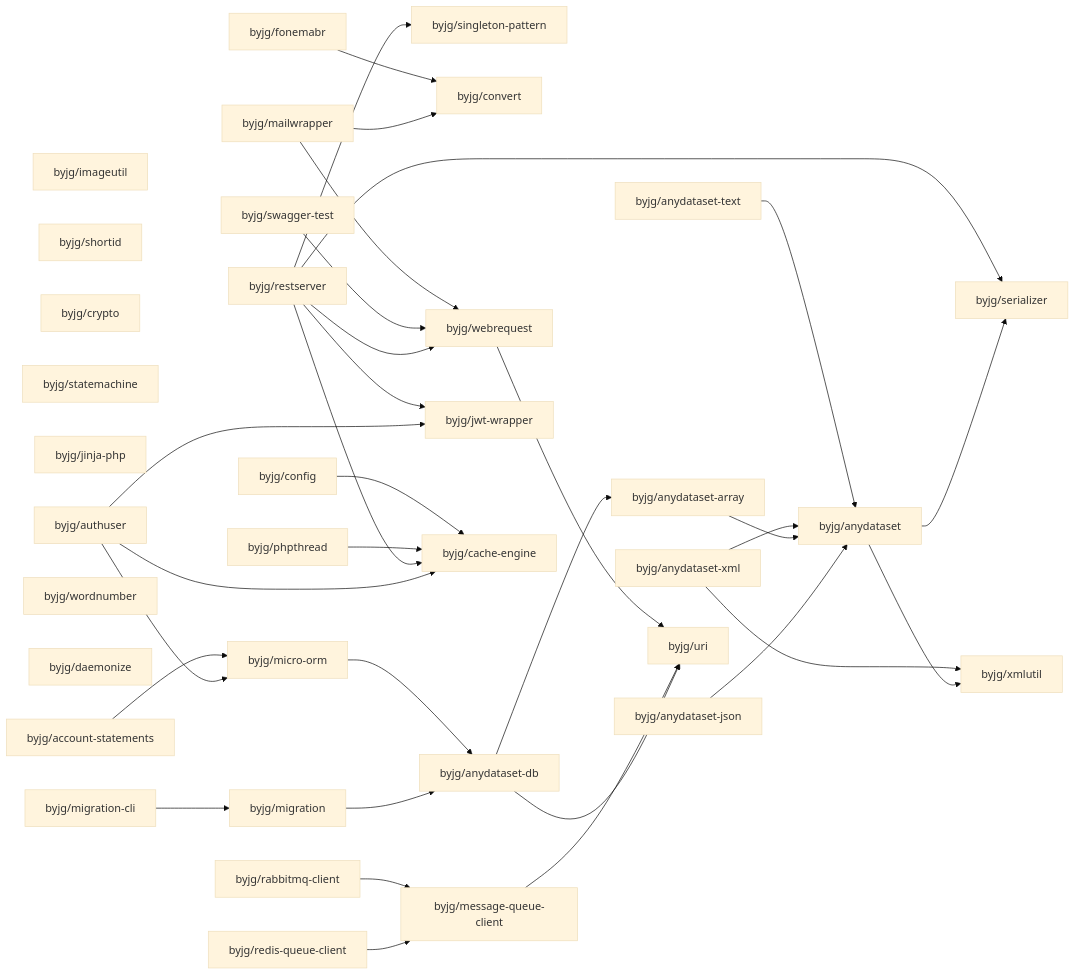
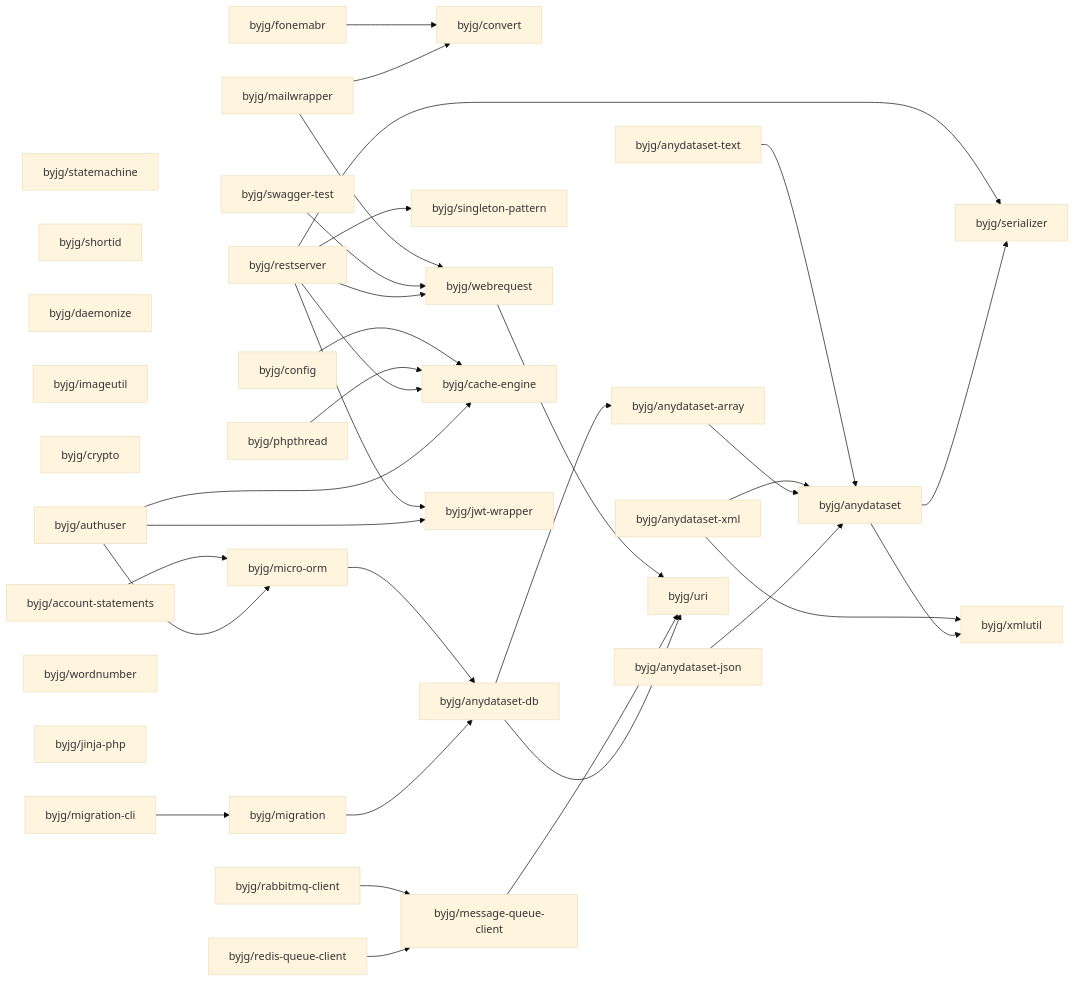
The diagram in php/README.md (byjg/byjg.github.io), drawn with Mermaid (base theme) before and after one commit. The commit also changed other lines of this file and 1 other file, not shown here.

````diff
--- a/php/README.md
+++ b/php/README.md
@@ -3,69 +3,69 @@
 ```mermaid
 graph LR;
-  byjg/imageutil;
+  byjg/anydataset-text;
+  byjg/mailwrapper;
+  byjg/statemachine;
+  byjg/rabbitmq-client;
   byjg/shortid;
+  byjg/daemonize;
+  byjg/config;
+  byjg/phpthread;
+  byjg/fonemabr;
   byjg/swagger-test;
   byjg/redis-queue-client;
+  byjg/imageutil;
   byjg/crypto;
-  byjg/statemachine;
+  byjg/restserver;
+  byjg/anydataset-json;
+  byjg/anydataset-xml;
+  byjg/authuser;
+  byjg/account-statements;
+  byjg/wordnumber;
   byjg/jinja-php;
   byjg/migration-cli;
-  byjg/restserver;
-  byjg/fonemabr;
-  byjg/config;
-  byjg/mailwrapper;
-  byjg/wordnumber;
-  byjg/anydataset-xml;
-  byjg/anydataset-text;
-  byjg/rabbitmq-client;
-  byjg/daemonize;
-  byjg/authuser;
-  byjg/phpthread;
-  byjg/anydataset-json;
-  byjg/account-statements;
+  byjg/convert;
+  byjg/message-queue-client;
+  byjg/singleton-pattern;
+  byjg/webrequest;
+  byjg/cache-engine;
+  byjg/jwt-wrapper;
+  byjg/micro-orm;
   byjg/migration;
-  byjg/singleton-pattern;
-  byjg/convert;
-  byjg/webrequest;
-  byjg/message-queue-client;
-  byjg/jwt-wrapper;
-  byjg/cache-engine;
-  byjg/micro-orm;
   byjg/anydataset-db;
   byjg/anydataset-array;
   byjg/uri;
   byjg/anydataset;
   byjg/serializer;
   byjg/xmlutil;
   byjg/fonemabr --> byjg/convert;
   byjg/config --> byjg/cache-engine;
   byjg/anydataset-text --> byjg/anydataset;
   byjg/webrequest --> byjg/uri;
   byjg/account-statements --> byjg/micro-orm;
   byjg/rabbitmq-client --> byjg/message-queue-client;
   byjg/micro-orm --> byjg/anydataset-db;
   byjg/phpthread --> byjg/cache-engine;
   byjg/anydataset-xml --> byjg/anydataset;
   byjg/anydataset-xml --> byjg/xmlutil;
   byjg/anydataset-array --> byjg/anydataset;
   byjg/mailwrapper --> byjg/convert;
   byjg/mailwrapper --> byjg/webrequest;
   byjg/message-queue-client --> byjg/uri;
   byjg/anydataset-db --> byjg/anydataset-array;
   byjg/anydataset-db --> byjg/uri;
   byjg/anydataset-json --> byjg/anydataset;
   byjg/migration --> byjg/anydataset-db;
   byjg/swagger-test --> byjg/webrequest;
   byjg/redis-queue-client --> byjg/message-queue-client;
   byjg/restserver --> byjg/serializer;
   byjg/restserver --> byjg/singleton-pattern;
   byjg/restserver --> byjg/cache-engine;
   byjg/restserver --> byjg/webrequest;
   byjg/restserver --> byjg/jwt-wrapper;
   byjg/authuser --> byjg/micro-orm;
   byjg/authuser --> byjg/cache-engine;
   byjg/authuser --> byjg/jwt-wrapper;
   byjg/migration-cli --> byjg/migration;
   byjg/anydataset --> byjg/serializer;
   byjg/anydataset --> byjg/xmlutil;
 ```
````
